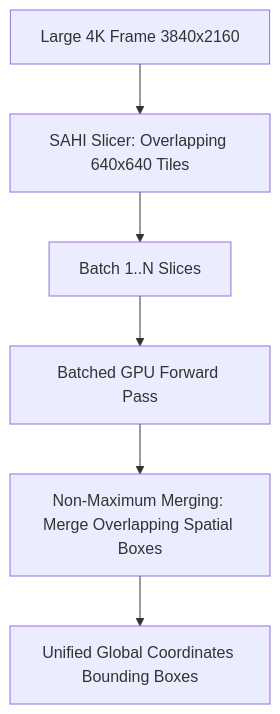
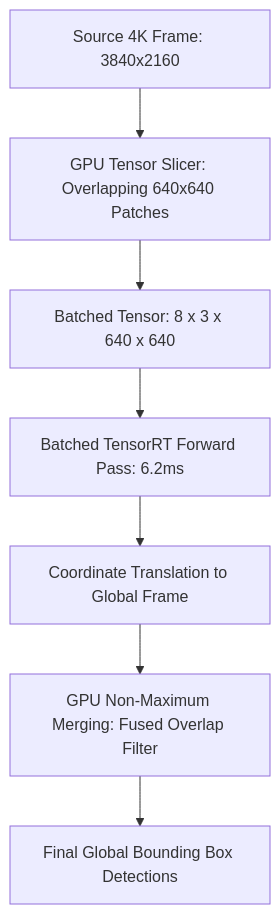
The second of 2 diagrams in topics/object-detection/02-production-pipeline-and-workarounds.md (sergiomh499/cv-projects), drawn with Mermaid before and after one commit. The commit also changed other lines of this file and 41 other files, not shown here.

Commit message:
docs(vault): deep expansion across 20 topic production pipelines, 2025-2026 architectures (RF-DETR, Qwen2.5-VL, MambaVision), and complete taxonomy matrices

````diff
--- a/topics/object-detection/02-production-pipeline-and-workarounds.md
+++ b/topics/object-detection/02-production-pipeline-and-workarounds.md
@@ -67,9 +146,9 @@
 ```mermaid
 flowchart TD
-    LargeImg["Large 4K Frame 3840x2160"] --> Slicer["SAHI Slicer: Overlapping 640x640 Tiles"]
-    Slicer --> Batch["Batch 1..N Slices"]
-    Batch --> Infer["Batched GPU Forward Pass"]
-    Infer --> NMM["Non-Maximum Merging: Merge Overlapping Spatial Boxes"]
-    NMM --> GlobalOut["Unified Global Coordinates Bounding Boxes"]
-
+    LargeImg["Source 4K Frame: 3840x2160"] --> Slicer["GPU Tensor Slicer: Overlapping 640x640 Patches"]
+    Slicer --> BatchedTensor["Batched Tensor: 8 x 3 x 640 x 640"]
+    BatchedTensor --> TRTBatch["Batched TensorRT Forward Pass: 6.2ms"]
+    TRTBatch --> GlobalRemap["Coordinate Translation to Global Frame"]
+    GlobalRemap --> NMM["GPU Non-Maximum Merging: Fused Overlap Filter"]
+    NMM --> FinalBoxes["Final Global Bounding Box Detections"]
 ```
````
